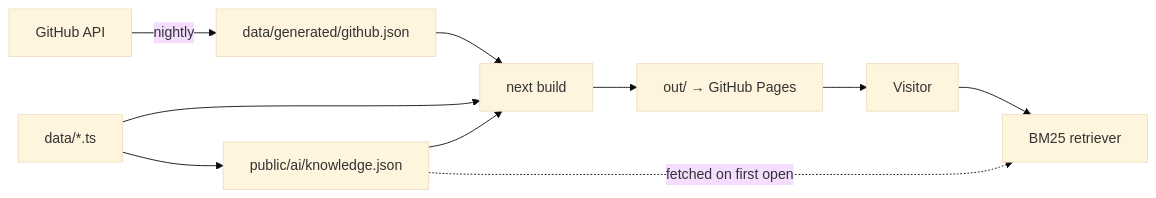
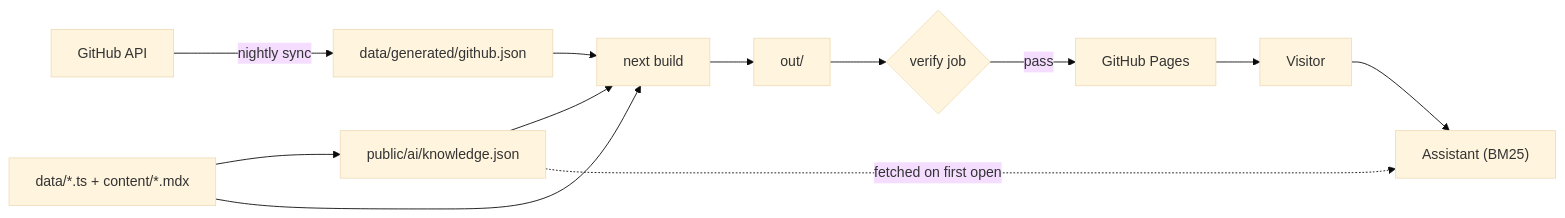
The first of 5 diagrams in README.md (KrishnaAnnavaram/KrishnaAnnavaram.github.io), drawn with Mermaid (base theme) before and after one commit. The commit also changed other lines of this file and 1 other file, not shown here.

````diff
--- a/README.md
+++ b/README.md
@@ -51,12 +136,14 @@
 ```mermaid
 flowchart LR
-    GH["GitHub API"] -->|nightly| SNAP["data/generated/github.json"]
+    GH["GitHub API"] -->|nightly sync| SNAP["data/generated/github.json"]
+    DATA["data/*.ts + content/*.mdx"] --> KB["public/ai/knowledge.json"]
     SNAP --> BUILD["next build"]
-    DATA["data/*.ts"] --> BUILD
-    DATA --> KB["public/ai/knowledge.json"]
+    DATA --> BUILD
     KB --> BUILD
-    BUILD --> OUT["out/ → GitHub Pages"]
-    OUT --> USER["Visitor"]
-    KB -.->|fetched on first open| ASSIST["BM25 retriever"]
+    BUILD --> OUT["out/"]
+    OUT --> VERIFY{"verify job"}
+    VERIFY -->|pass| PAGES["GitHub Pages"]
+    PAGES --> USER["Visitor"]
+    KB -.->|fetched on first open| ASSIST["Assistant (BM25)"]
     USER --> ASSIST
 ```
````
